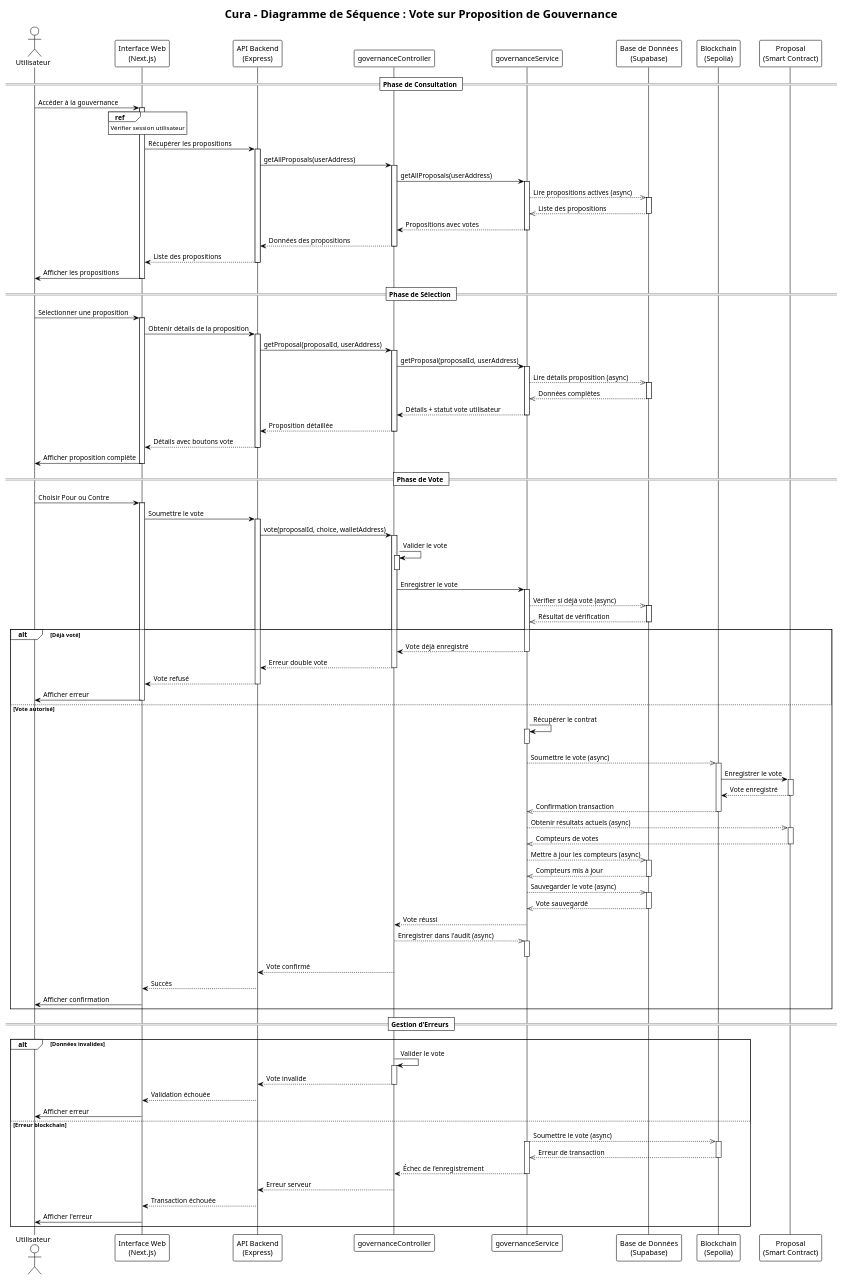
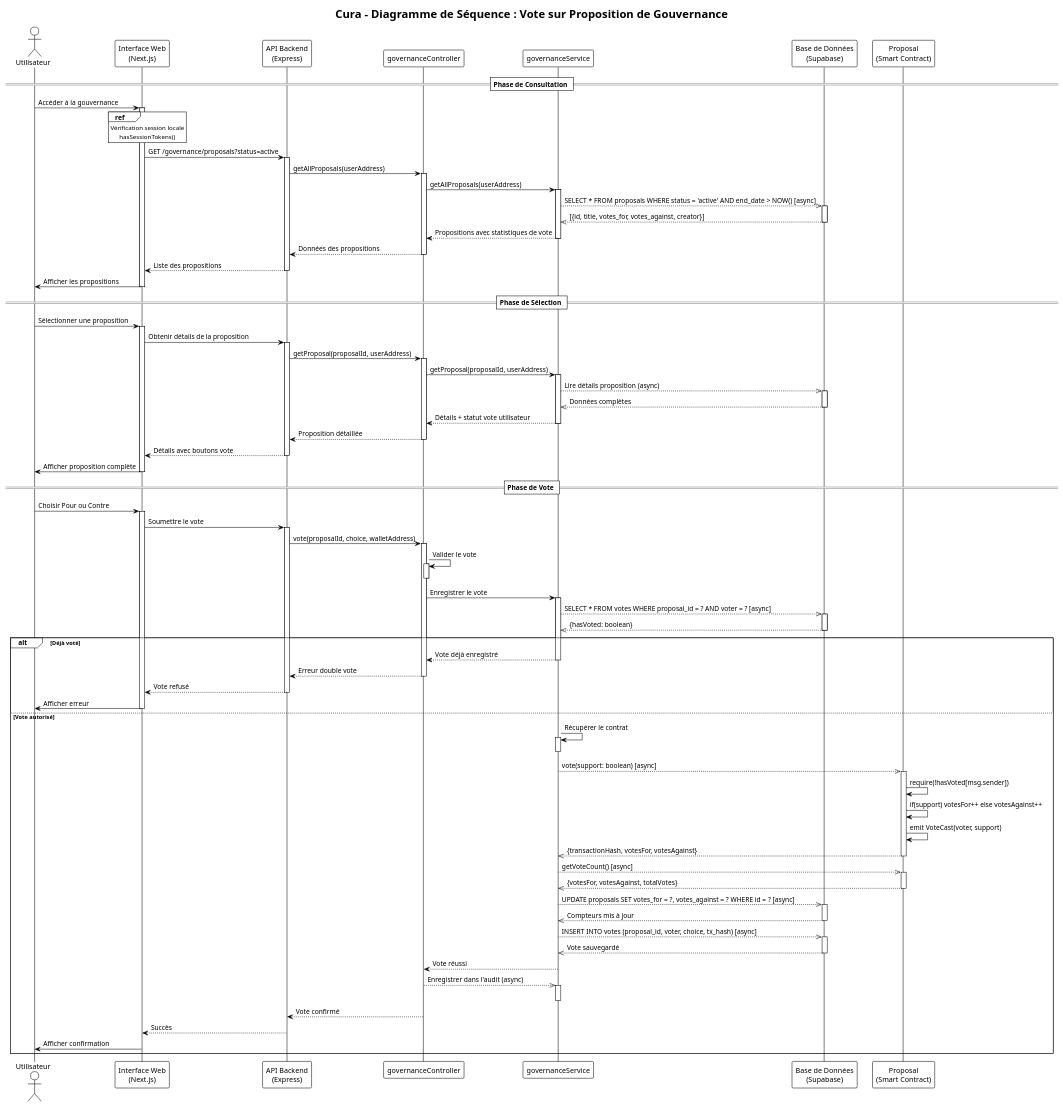
Before and after one commit to monark-community/zk-medical-data-exchange: the diagram in docs/sequence-diagrams/governance-voting-sequence.puml, drawn with PlantUML. The commit also changed 17 other files, not shown here.

Commit message:
chore: updated seq diagrams pt 2

```diff
--- a/docs/sequence-diagrams/governance-voting-sequence.puml
+++ b/docs/sequence-diagrams/governance-voting-sequence.puml
@@ -1,154 +1,134 @@
 @startuml Governance_Voting_Sequence
 !theme plain
 
 title Cura - Diagramme de Séquence : Vote sur Proposition de Gouvernance
 
 actor "Utilisateur" as User
 participant "Interface Web\n(Next.js)" as Frontend
 participant "API Backend\n(Express)" as Backend
 participant "governanceController" as Controller
 participant "governanceService" as Service
 participant "Base de Données\n(Supabase)" as Database
-participant "Blockchain\n(Sepolia)" as Blockchain
 participant "Proposal\n(Smart Contract)" as ProposalContract
 
 == Phase de Consultation ==
 User -> Frontend : Accéder à la gouvernance
 activate Frontend
-ref over Frontend : Vérifier session utilisateur
-Frontend -> Backend : Récupérer les propositions
+ref over Frontend
+    Vérification session locale
+    hasSessionTokens()
+end ref
+Frontend -> Backend : GET /governance/proposals?status=active
 activate Backend
 Backend -> Controller : getAllProposals(userAddress)
 activate Controller
 Controller -> Service : getAllProposals(userAddress)
 activate Service
-Service -->> Database : Lire propositions actives (async)
+Service -->> Database : SELECT * FROM proposals WHERE status = 'active' AND end_date > NOW() [async]
 activate Database
-Database -->> Service : Liste des propositions
+Database -->> Service : [{id, title, votes_for, votes_against, creator}]
 deactivate Database
-Service --> Controller : Propositions avec votes
+Service --> Controller : Propositions avec statistiques de vote
 deactivate Service
 Controller --> Backend : Données des propositions
 deactivate Controller
 Backend --> Frontend : Liste des propositions
 deactivate Backend
 Frontend -> User : Afficher les propositions
 deactivate Frontend
 
 == Phase de Sélection ==
 User -> Frontend : Sélectionner une proposition
 activate Frontend
 Frontend -> Backend : Obtenir détails de la proposition
 activate Backend
 Backend -> Controller : getProposal(proposalId, userAddress)
 activate Controller
 Controller -> Service : getProposal(proposalId, userAddress)
 activate Service
 Service -->> Database : Lire détails proposition (async)
 activate Database
 Database -->> Service : Données complètes
 deactivate Database
 Service --> Controller : Détails + statut vote utilisateur
 deactivate Service
 Controller --> Backend : Proposition détaillée
 deactivate Controller
 Backend --> Frontend : Détails avec boutons vote
 deactivate Backend
 Frontend -> User : Afficher proposition complète
 deactivate Frontend
 
 == Phase de Vote ==
 User -> Frontend : Choisir Pour ou Contre
 activate Frontend
 Frontend -> Backend : Soumettre le vote
 activate Backend
 Backend -> Controller : vote(proposalId, choice, walletAddress)
 activate Controller
 
 Controller -> Controller : Valider le vote
 activate Controller
 deactivate Controller
 
 Controller -> Service : Enregistrer le vote
 activate Service
 
-Service -->> Database : Vérifier si déjà voté (async)
+Service -->> Database : SELECT * FROM votes WHERE proposal_id = ? AND voter = ? [async]
 activate Database
-Database -->> Service : Résultat de vérification
+Database -->> Service : {hasVoted: boolean}
 deactivate Database
 
 alt Déjà voté
     Service --> Controller : Vote déjà enregistré
     deactivate Service
     Controller --> Backend : Erreur double vote
     deactivate Controller
     Backend --> Frontend : Vote refusé
     deactivate Backend
     Frontend -> User : Afficher erreur
     deactivate Frontend
 else Vote autorisé
     Service -> Service : Récupérer le contrat
     activate Service
     deactivate Service
     
-    Service -->> Blockchain : Soumettre le vote (async)
-    activate Blockchain
-    Blockchain -> ProposalContract : Enregistrer le vote
+    Service -->> ProposalContract : vote(support: boolean) [async]
     activate ProposalContract
-    ProposalContract --> Blockchain : Vote enregistré
-    deactivate ProposalContract
-    Blockchain -->> Service : Confirmation transaction
-    deactivate Blockchain
-    
-    Service -->> ProposalContract : Obtenir résultats actuels (async)
-    activate ProposalContract
-    ProposalContract -->> Service : Compteurs de votes
+    ProposalContract -> ProposalContract : require(!hasVoted[msg.sender])
+    ProposalContract -> ProposalContract : if(support) votesFor++ else votesAgainst++
+    ProposalContract -> ProposalContract : emit VoteCast(voter, support)
+    ProposalContract -->> Service : {transactionHash, votesFor, votesAgainst}
     deactivate ProposalContract
     
-    Service -->> Database : Mettre à jour les compteurs (async)
+    Service -->> ProposalContract : getVoteCount() [async]
+    activate ProposalContract
+    ProposalContract -->> Service : {votesFor, votesAgainst, totalVotes}
+    deactivate ProposalContract
+    
+    Service -->> Database : UPDATE proposals SET votes_for = ?, votes_against = ? WHERE id = ? [async]
     activate Database
     Database -->> Service : Compteurs mis à jour
     deactivate Database
     
-    Service -->> Database : Sauvegarder le vote (async)
+    Service -->> Database : INSERT INTO votes (proposal_id, voter, choice, tx_hash) [async]
     activate Database
     Database -->> Service : Vote sauvegardé
     deactivate Database
     
     Service --> Controller : Vote réussi
     deactivate Service
     
     Controller -->> Service : Enregistrer dans l'audit (async)
     activate Service
     deactivate Service
     
     Controller --> Backend : Vote confirmé
     deactivate Controller
     Backend --> Frontend : Succès
     deactivate Backend
     Frontend -> User : Afficher confirmation
     deactivate Frontend
 end
 
-== Gestion d'Erreurs ==
-alt Données invalides
-    Controller -> Controller : Valider le vote
-    activate Controller
-    Controller --> Backend : Vote invalide
-    deactivate Controller
-    Backend --> Frontend : Validation échouée
-    Frontend -> User : Afficher erreur
-else Erreur blockchain
-    Service -->> Blockchain : Soumettre le vote (async)
-    activate Service
-    activate Blockchain
-    Blockchain -->> Service : Erreur de transaction
-    deactivate Blockchain
-    Service --> Controller : Échec de l'enregistrement
-    deactivate Service
-    Controller --> Backend : Erreur serveur
-    Backend --> Frontend : Transaction échouée
-    Frontend -> User : Afficher l'erreur
-end
-
 @enduml
```
